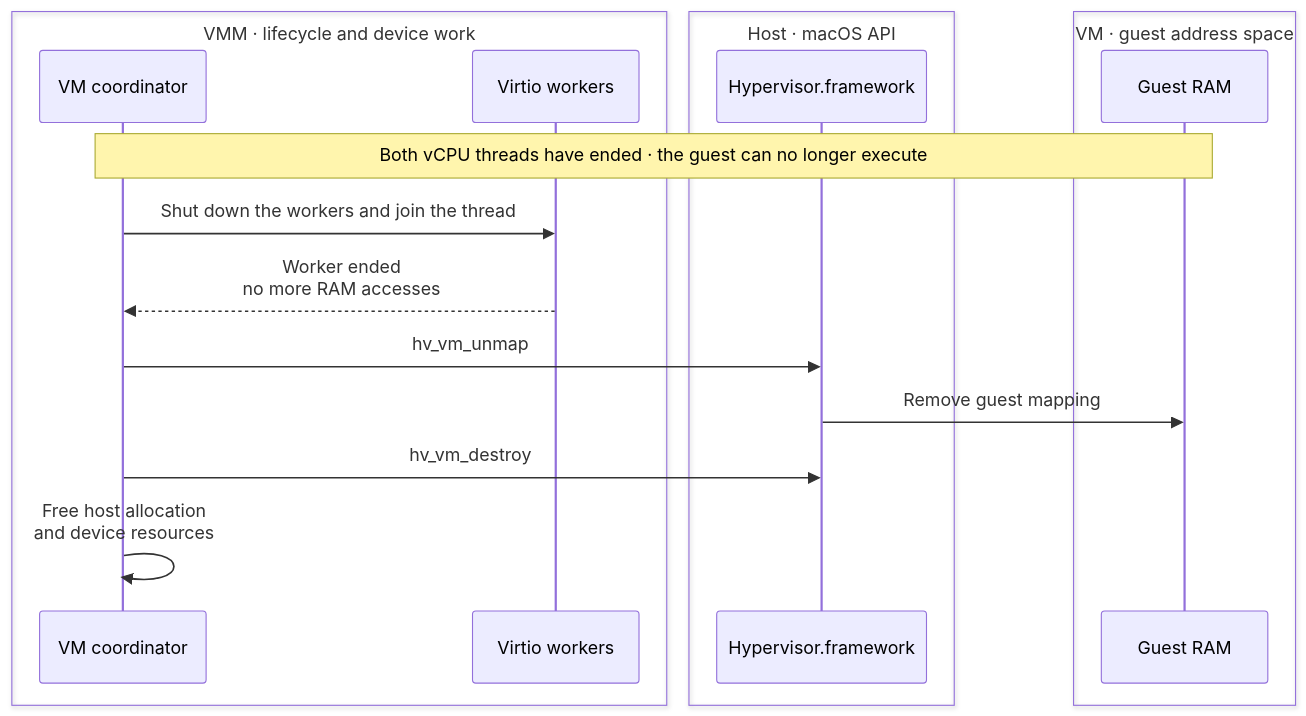
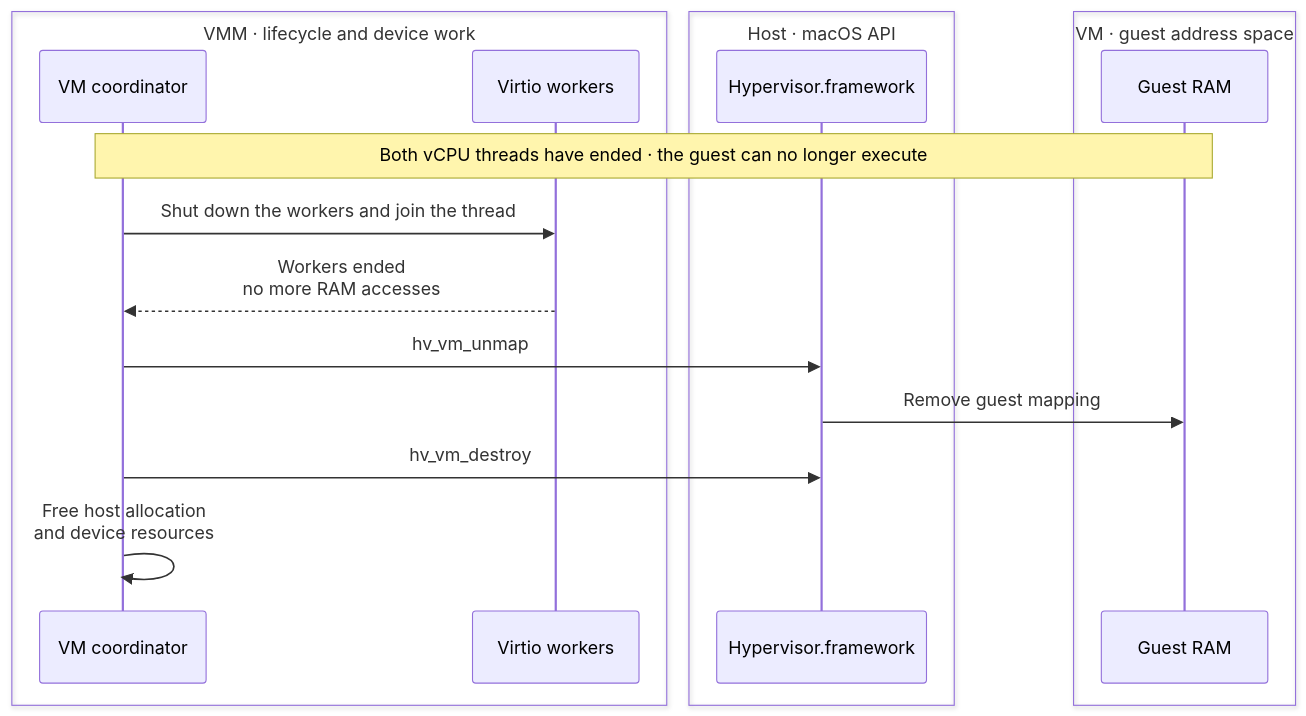
Before and after one commit to boxlite-ai/boxlite: the ninth of 9 diagrams in docs/contributing/architecture/vmm/hvf.md, drawn with Mermaid. The commit also changed 5 other files, not shown here.

````diff
--- a/docs/contributing/architecture/vmm/hvf.md
+++ b/docs/contributing/architecture/vmm/hvf.md
@@ -266,26 +266,26 @@
 ```mermaid
 sequenceDiagram
   box VMM · lifecycle and device work
     participant coordinator as VM coordinator
     participant worker as Virtio workers
   end
   box Host · macOS API
     participant hvf as Hypervisor.framework
   end
   box VM · guest address space
     participant guest_ram as Guest RAM
   end
   Note over coordinator,guest_ram: Both vCPU threads have ended · the guest can no longer execute
   %% edge:stop_worker
   coordinator->>worker: Shut down the workers and join the thread
   %% edge:stop_worker_done
-  worker-->>coordinator: Worker ended<br/>no more RAM accesses
+  worker-->>coordinator: Workers ended<br/>no more RAM accesses
   %% edge:stop_unmap
   coordinator->>hvf: hv_vm_unmap
   %% edge:stop_ram_view
   hvf->>guest_ram: Remove guest mapping
   %% edge:stop_destroy_vm
   coordinator->>hvf: hv_vm_destroy
   %% edge:stop_free
   coordinator->>coordinator: Free host allocation<br/>and device resources
 ```
````
